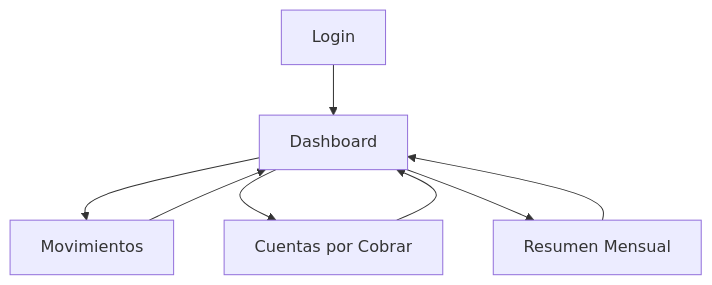
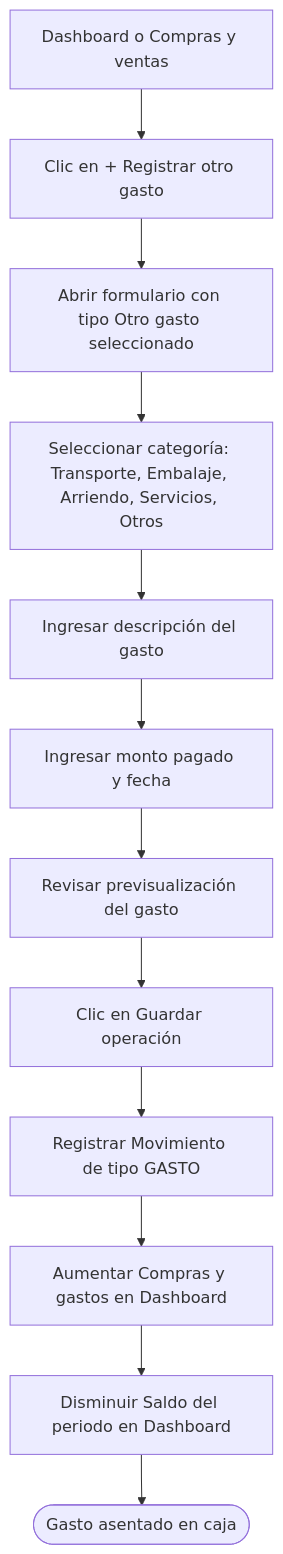
The eighth of 11 diagrams in ux/user-flows/userflows-cajaclara.md (RonnieRBG/td_cajaclara), drawn with Mermaid before and after one commit. The commit also changed other lines of this file, not shown here.

Commit message:
Se actualiza user flows

````diff
--- a/ux/user-flows/userflows-cajaclara.md
+++ b/ux/user-flows/userflows-cajaclara.md
@@ -149,12 +281,14 @@
 ```mermaid
 flowchart TD
-    A[Login] --> B[Dashboard]
-
-    B --> C[Movimientos]
-    B --> D[Cuentas por Cobrar]
-    B --> E[Resumen Mensual]
-
-    C --> B
-    D --> B
-    E --> B
+    A[Dashboard o Compras y ventas] --> B[Clic en + Registrar otro gasto]
+    B --> C[Abrir formulario con tipo Otro gasto seleccionado]
+    C --> D[Seleccionar categoría: Transporte, Embalaje, Arriendo, Servicios, Otros]
+    D --> E[Ingresar descripción del gasto]
+    E --> F[Ingresar monto pagado y fecha]
+    F --> G[Revisar previsualización del gasto]
+    G --> H[Clic en Guardar operación]
+    H --> I[Registrar Movimiento de tipo GASTO]
+    I --> J[Aumentar Compras y gastos en Dashboard]
+    J --> K[Disminuir Saldo del periodo en Dashboard]
+    K --> L([Gasto asentado en caja])
 ```
````
